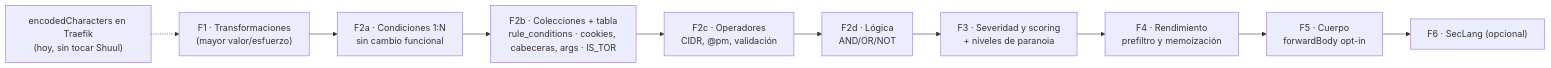
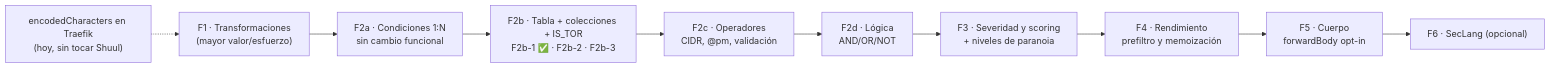
The diagram in WAF-ROADMAP.md (atareao/shuul), drawn with Mermaid before and after one commit. The commit also changed other lines of this file and 1 other file, not shown here.

First line of the commit message:
📝 docs: documenta la tabla rule_conditions y marca F2b-1 entregada

````diff
--- a/WAF-ROADMAP.md
+++ b/WAF-ROADMAP.md
@@ -378,12 +381,12 @@
 ```mermaid
 flowchart LR
   F1["F1 · Transformaciones<br/>(mayor valor/esfuerzo)"] --> F2a["F2a · Condiciones 1:N<br/>sin cambio funcional"]
-  F2a --> F2b["F2b · Colecciones + tabla<br/>rule_conditions · cookies, cabeceras, args · IS_TOR"]
+  F2a --> F2b["F2b · Tabla + colecciones + IS_TOR<br/>F2b-1 ✅ · F2b-2 · F2b-3"]
   F2b --> F2c["F2c · Operadores<br/>CIDR, @pm, validación"]
   F2c --> F2d["F2d · Lógica<br/>AND/OR/NOT"]
   F2d --> F3["F3 · Severidad y scoring<br/>+ niveles de paranoia"]
   F3 --> F4["F4 · Rendimiento<br/>prefiltro y memoización"]
   F4 --> F5["F5 · Cuerpo<br/>forwardBody opt-in"]
   F5 --> F6["F6 · SecLang (opcional)"]
   X["encodedCharacters en Traefik<br/>(hoy, sin tocar Shuul)"] -.-> F1
 ```
````
